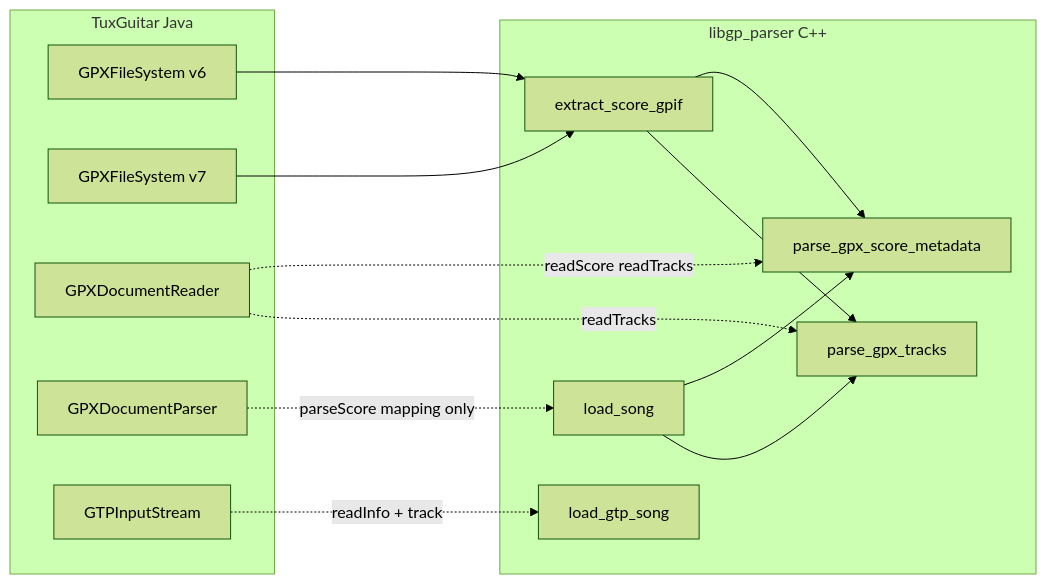
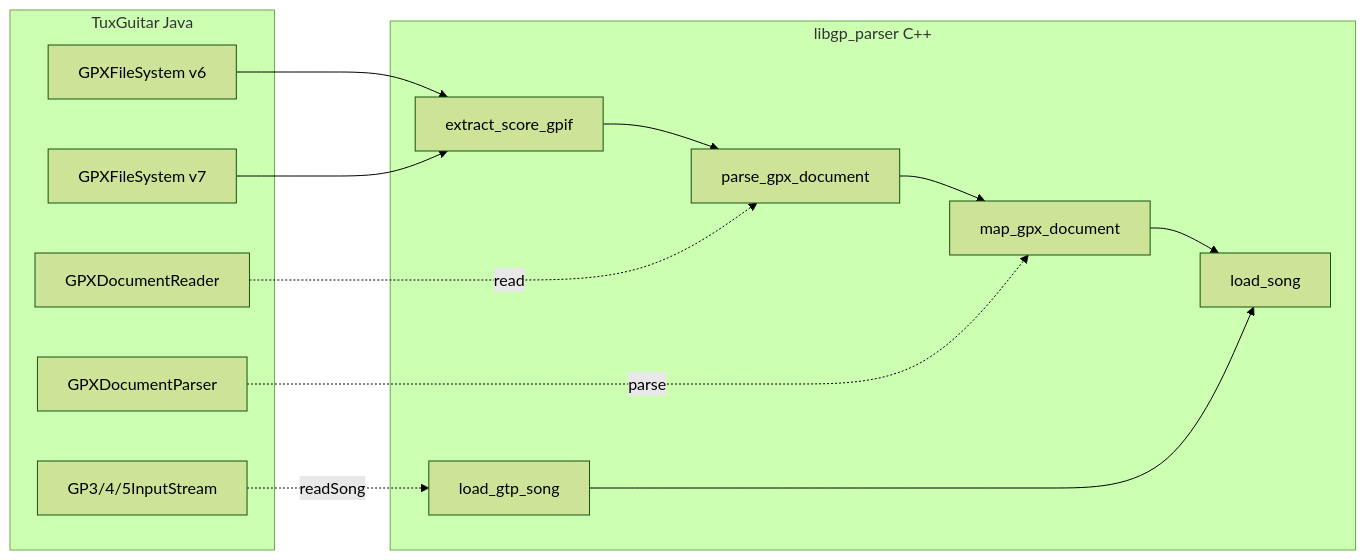
Before and after one commit to sonar-project/libgp_parser: the diagram in doc/summary_en.md, drawn with Mermaid (forest theme). The commit also changed other lines of this file and 16 other files, not shown here.

````diff
--- a/doc/summary_en.md
+++ b/doc/summary_en.md
@@ -35,27 +37,24 @@
 ```mermaid
 flowchart LR
   subgraph tuxguitar [TuxGuitar Java]
     FS6[GPXFileSystem v6]
     FS7[GPXFileSystem v7]
     DR[GPXDocumentReader]
     DP[GPXDocumentParser]
-    GTP[GTPInputStream]
+    GTP[GP3/4/5InputStream]
   end
   subgraph libgp [libgp_parser C++]
     E[extract_score_gpif]
-    SR[parse_gpx_score_metadata]
-    TR[parse_gpx_tracks]
+    GD[parse_gpx_document]
+    MP[map_gpx_document]
     LS[load_song]
     GR[load_gtp_song]
   end
   FS6 --> E
   FS7 --> E
-  E --> SR
-  E --> TR
-  DR -.->|readScore readTracks| SR
-  DR -.->|readTracks| TR
-  DP -.->|parseScore mapping only| LS
-  GTP -.->|readInfo + track| GR
-  LS --> SR
-  LS --> TR
+  E --> GD --> MP --> LS
+  DR -.->|read| GD
+  DP -.->|parse| MP
+  GTP -.->|readSong| GR
+  GR --> LS
 ```
````
